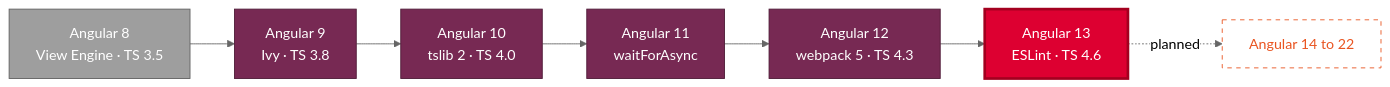
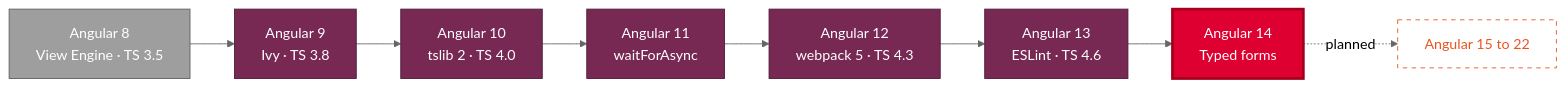
The sixth of 6 diagrams in README.md (NisanurBulut/KimOkurAPP), drawn with Mermaid (neutral theme) before and after one commit. The commit also changed other lines of this file and 10 other files, not shown here.

````diff
--- a/README.md
+++ b/README.md
@@ -443,18 +443,19 @@
 ```mermaid
 flowchart LR
     A8["Angular 8<br/>View Engine · TS 3.5"] --> A9["Angular 9<br/>Ivy · TS 3.8"]
     A9 --> A10["Angular 10<br/>tslib 2 · TS 4.0"]
     A10 --> A11["Angular 11<br/>waitForAsync"]
     A11 --> A12["Angular 12<br/>webpack 5 · TS 4.3"]
     A12 --> A13["Angular 13<br/>ESLint · TS 4.6"]
-    A13 -.->|"planned"| NEXT["Angular 14 to 22"]
+    A13 --> A14["Angular 14<br/>Typed forms"]
+    A14 -.->|"planned"| NEXT["Angular 15 to 22"]
 
     classDef old fill:#9E9E9E,stroke:#616161,color:#ffffff
     classDef step fill:#772953,stroke:#4E1B37,color:#ffffff
     classDef now fill:#DD0031,stroke:#A3001F,color:#ffffff,stroke-width:3px
     classDef next fill:#ffffff,stroke:#E95420,color:#E95420,stroke-dasharray:5 5
     class A8 old
-    class A9,A10,A11,A12 step
-    class A13 now
+    class A9,A10,A11,A12,A13 step
+    class A14 now
     class NEXT next
 ```
````
